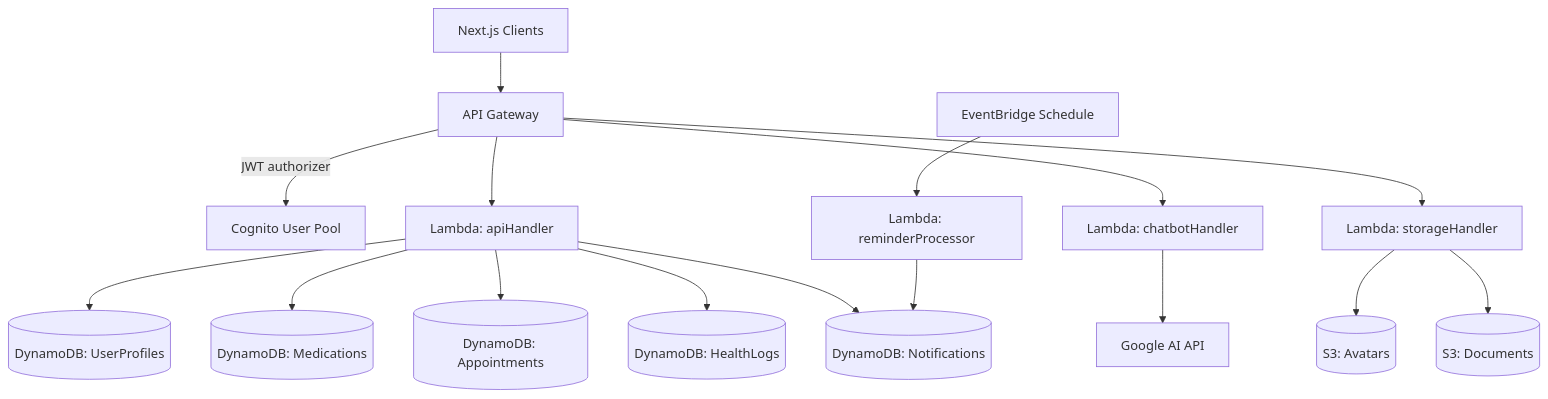
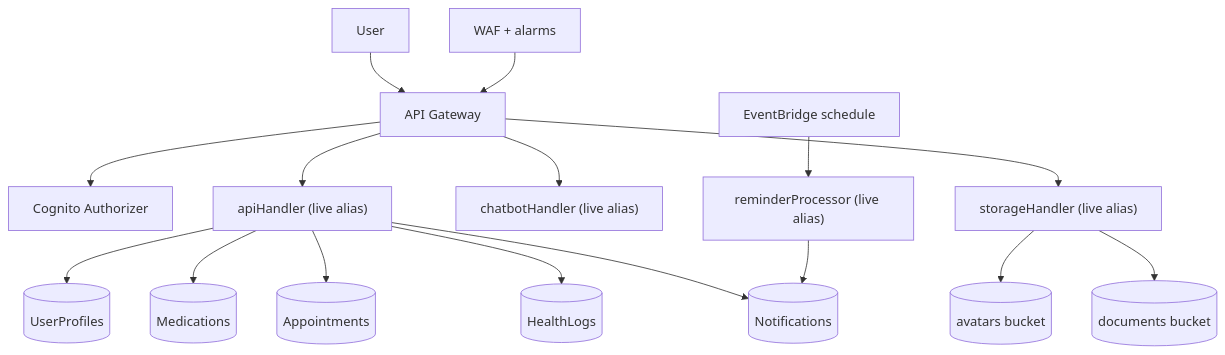
One commit to hoangsonww/SymptomSync-Health-App changed diagram 15 of 19 in ARCHITECTURE.md. Above: the diagram before and after it, drawn with Mermaid. The commit also changed other lines of this file and 56 other files, not shown here.

````diff
--- a/ARCHITECTURE.md
+++ b/ARCHITECTURE.md
@@ -139,34 +437,22 @@
 ```mermaid
 flowchart TB
-  Cognito[Cognito User Pool]
-  API[API Gateway]
-  LambdaAPI[Lambda: apiHandler]
-  LambdaReminder[Lambda: reminderProcessor]
-  LambdaChat[Lambda: chatbotHandler]
-  LambdaStorage[Lambda: storageHandler]
-  GoogleAIAWS[Google AI API]
-  DynamoProfiles[(DynamoDB: UserProfiles)]
-  DynamoMeds[(DynamoDB: Medications)]
-  DynamoAppts[(DynamoDB: Appointments)]
-  DynamoLogs[(DynamoDB: HealthLogs)]
-  DynamoNotes[(DynamoDB: Notifications)]
-  S3Avatars[(S3: Avatars)]
-  S3Docs[(S3: Documents)]
-  EventBridge[EventBridge Schedule]
+  User["User"] --> APIGW["API Gateway"]
+  APIGW --> Cognito["Cognito Authorizer"]
+  APIGW --> ApiLambda["apiHandler (live alias)"]
+  APIGW --> ChatLambda["chatbotHandler (live alias)"]
+  APIGW --> StorageLambda["storageHandler (live alias)"]
 
-  API -->|JWT authorizer| Cognito
-  API --> LambdaAPI
-  API --> LambdaChat
-  API --> LambdaStorage
-  LambdaAPI --> DynamoProfiles
-  LambdaAPI --> DynamoMeds
-  LambdaAPI --> DynamoAppts
-  LambdaAPI --> DynamoLogs
-  LambdaAPI --> DynamoNotes
-  EventBridge --> LambdaReminder
-  LambdaReminder --> DynamoNotes
-  LambdaStorage --> S3Avatars
-  LambdaStorage --> S3Docs
-  Users[Next.js Clients] --> API
-  LambdaChat --> GoogleAIAWS
+  ApiLambda --> DDB1[(UserProfiles)]
+  ApiLambda --> DDB2[(Medications)]
+  ApiLambda --> DDB3[(Appointments)]
+  ApiLambda --> DDB4[(HealthLogs)]
+  ApiLambda --> DDB5[(Notifications)]
+
+  StorageLambda --> S3A[(avatars bucket)]
+  StorageLambda --> S3D[(documents bucket)]
+
+  EventBridge["EventBridge schedule"] --> ReminderLambda["reminderProcessor (live alias)"]
+  ReminderLambda --> DDB5
+
+  WAF["WAF + alarms"] --> APIGW
 ```
````
